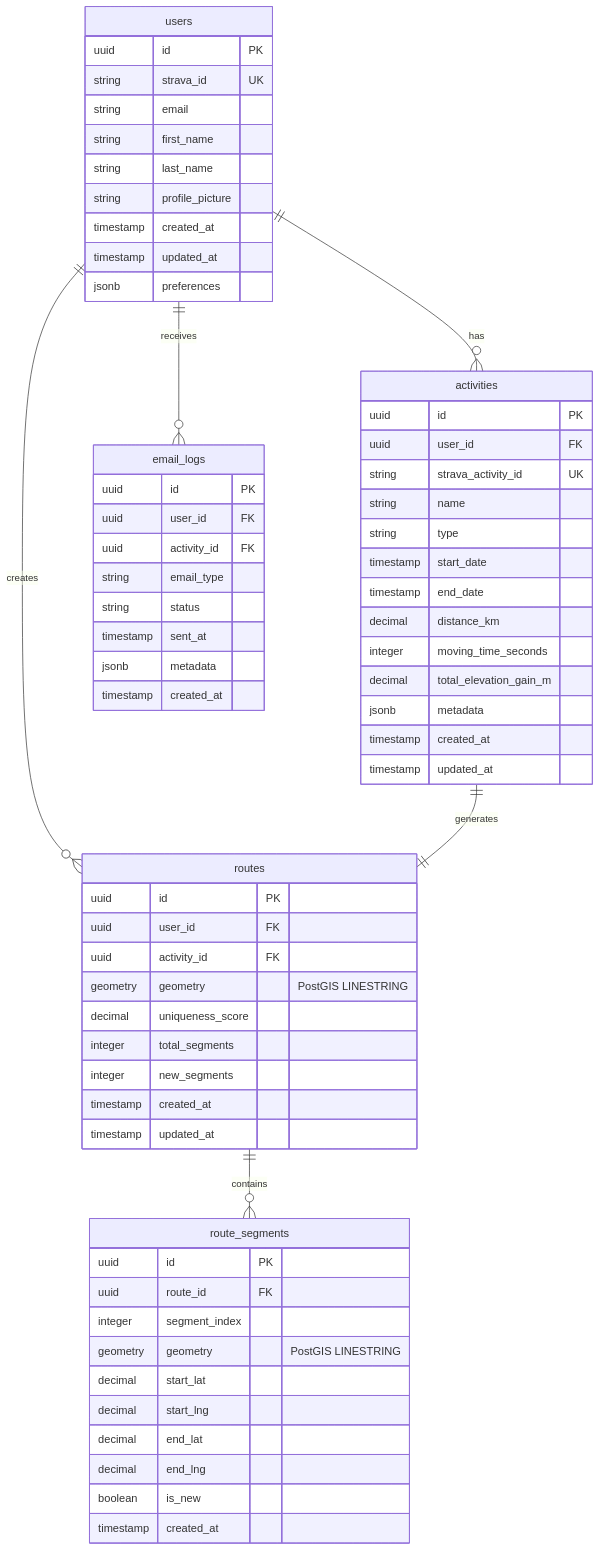
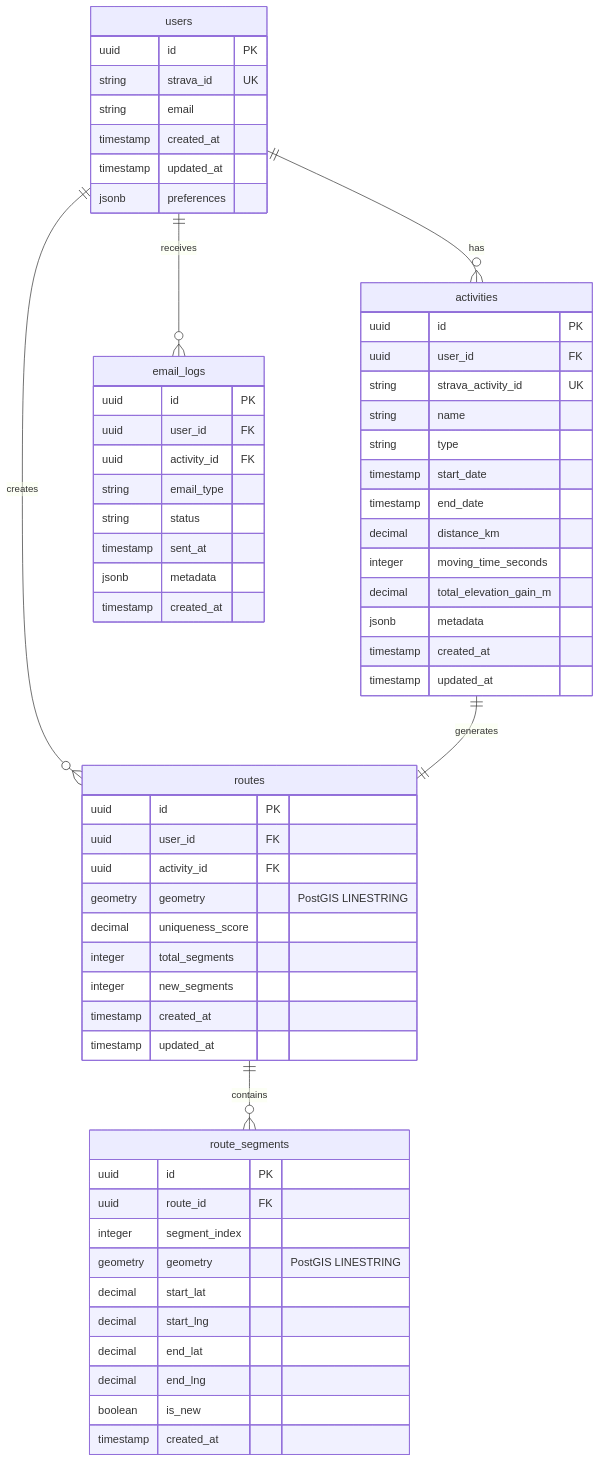
Before and after one commit to kamilmateusiak/strava-vagabond: the diagram in docs/technical-design/05-data-model.md, drawn with Mermaid. The commit also changed other lines of this file and 1 other file, not shown here.

Commit message:
revert: restore route_segments table to original design
- Revert route_segments table back to full design with all fields
- Restore segment_index, coordinate fields, and all indexes
- Keep segment_details in API responses as originally designed
- Maintain all tables as-is per user direction
- Technical design documents are now complete and good as-is

This reverts the over-simplification of route_segments and maintains
the comprehensive data model design that was originally planned.

````diff
--- a/docs/technical-design/05-data-model.md
+++ b/docs/technical-design/05-data-model.md
@@ -32,72 +32,69 @@
 ```mermaid
 erDiagram
     users {
         uuid id PK
         string strava_id UK
         string email
-        string first_name
-        string last_name
-        string profile_picture
         timestamp created_at
         timestamp updated_at
         jsonb preferences
     }
     
     activities {
         uuid id PK
         uuid user_id FK
         string strava_activity_id UK
         string name
         string type
         timestamp start_date
         timestamp end_date
         decimal distance_km
         integer moving_time_seconds
         decimal total_elevation_gain_m
         jsonb metadata
         timestamp created_at
         timestamp updated_at
     }
     
     routes {
         uuid id PK
         uuid user_id FK
         uuid activity_id FK
         geometry geometry "PostGIS LINESTRING"
         decimal uniqueness_score
         integer total_segments
         integer new_segments
         timestamp created_at
         timestamp updated_at
     }
     
     route_segments {
         uuid id PK
         uuid route_id FK
         integer segment_index
         geometry geometry "PostGIS LINESTRING"
         decimal start_lat
         decimal start_lng
         decimal end_lat
         decimal end_lng
         boolean is_new
         timestamp created_at
     }
     
     email_logs {
         uuid id PK
         uuid user_id FK
         uuid activity_id FK
         string email_type
         string status
         timestamp sent_at
         jsonb metadata
         timestamp created_at
     }
     
     users ||--o{ activities : "has"
     users ||--o{ routes : "creates"
     users ||--o{ email_logs : "receives"
     activities ||--|| routes : "generates"
     routes ||--o{ route_segments : "contains"
 ```
````
